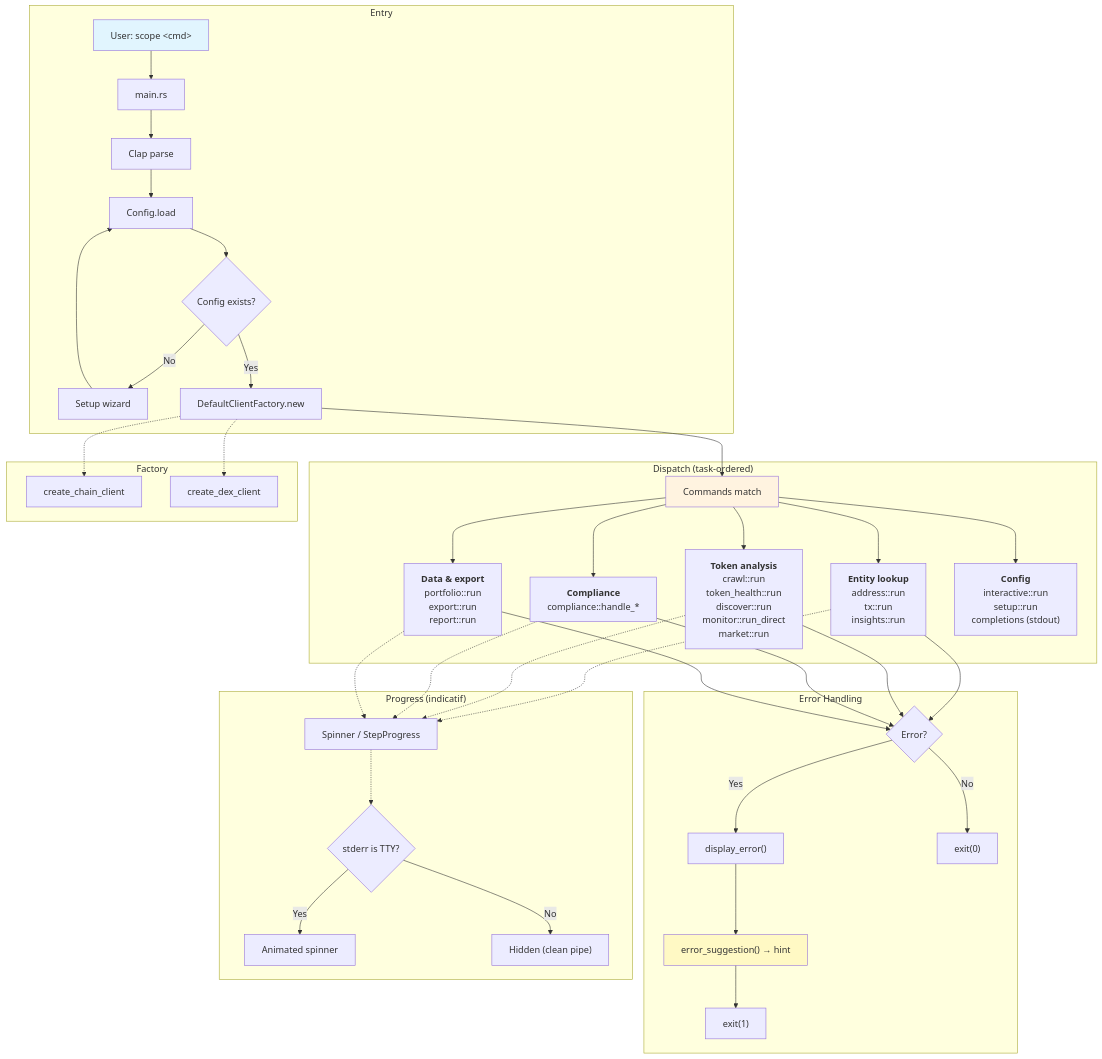
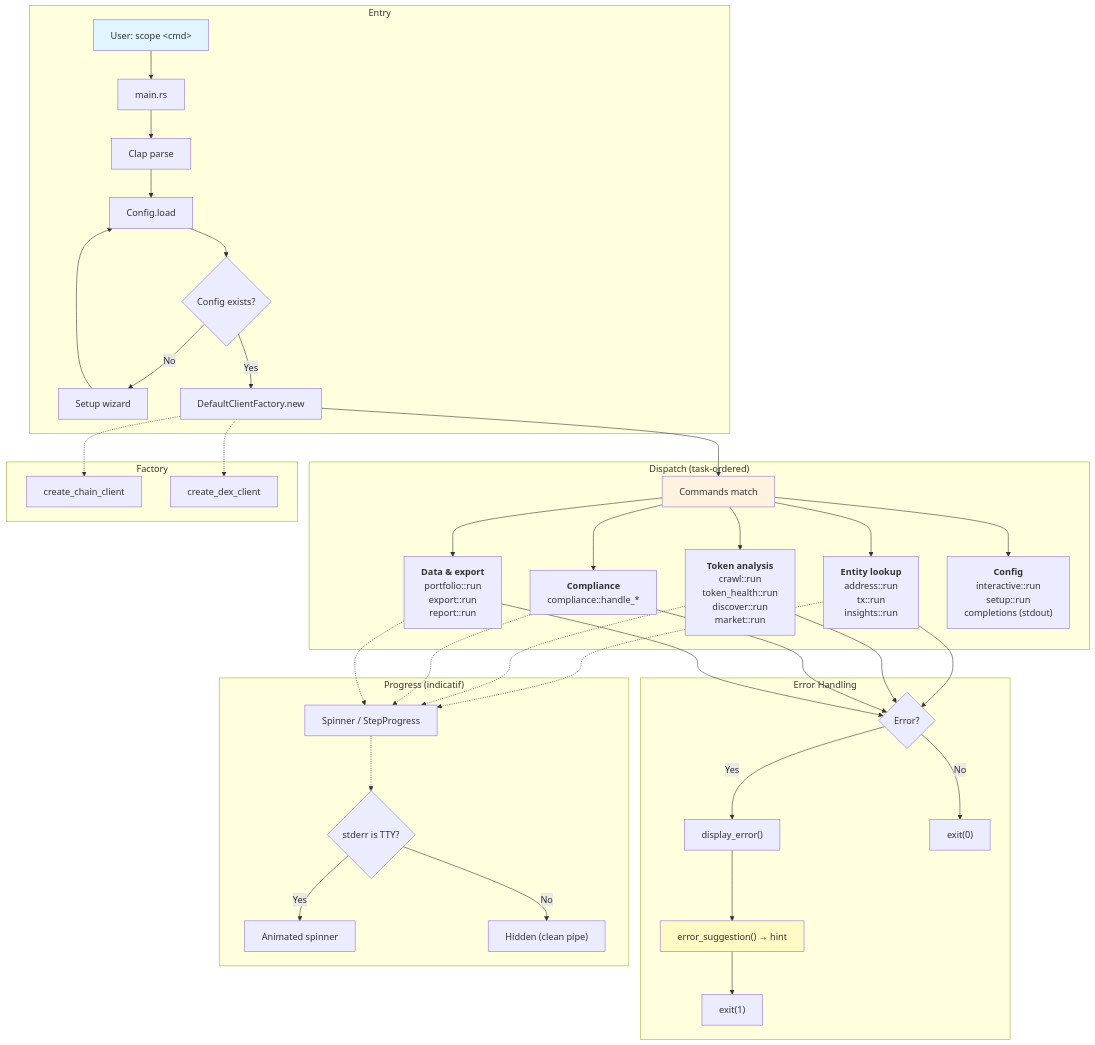
One commit to robot-accomplice/scope-blockchain-analysis changed the diagram in docs/architecture/dataflow-main.md. Above: the diagram before and after it, drawn with Mermaid. The commit also changed 29 other files, not shown here.

````diff
--- a/docs/architecture/dataflow-main.md
+++ b/docs/architecture/dataflow-main.md
@@ -5,49 +5,49 @@
 ```mermaid
 flowchart TB
     subgraph Entry
         A[User: scope &lt;cmd&gt;] --> B[main.rs]
         B --> C[Clap parse]
         C --> D[Config.load]
         D --> E{Config exists?}
         E -->|No| F[Setup wizard]
         F --> D
         E -->|Yes| G[DefaultClientFactory.new]
     end
 
     subgraph "Dispatch (task-ordered)"
         G --> H[Commands match]
 
         H --> I1["<b>Entity lookup</b><br/>address::run<br/>tx::run<br/>insights::run"]
-        H --> I2["<b>Token analysis</b><br/>crawl::run<br/>token_health::run<br/>discover::run<br/>monitor::run_direct<br/>market::run"]
+        H --> I2["<b>Token analysis</b><br/>crawl::run<br/>token_health::run<br/>discover::run<br/>market::run"]
         H --> I3["<b>Compliance</b><br/>compliance::handle_*"]
         H --> I4["<b>Data &amp; export</b><br/>portfolio::run<br/>export::run<br/>report::run"]
         H --> I5["<b>Config</b><br/>interactive::run<br/>setup::run<br/>completions (stdout)"]
     end
 
     subgraph "Error Handling"
         I1 & I2 & I3 & I4 --> ERR{Error?}
         ERR -->|Yes| DISP["display_error()"]
         DISP --> HINT["error_suggestion() → hint"]
         HINT --> EXIT["exit(1)"]
         ERR -->|No| OK["exit(0)"]
     end
 
     subgraph "Progress (indicatif)"
         I1 -.-> SP["Spinner / StepProgress"]
         I2 -.-> SP
         I3 -.-> SP
         I4 -.-> SP
         SP -.-> TTY{"stderr is TTY?"}
         TTY -->|Yes| ANIM[Animated spinner]
         TTY -->|No| HIDDEN["Hidden (clean pipe)"]
     end
 
     subgraph Factory
         G -.-> J[create_chain_client]
         G -.-> K[create_dex_client]
     end
 
     style A fill:#e1f5fe
     style H fill:#fff3e0
     style HINT fill:#fff9c4
 ```
````
